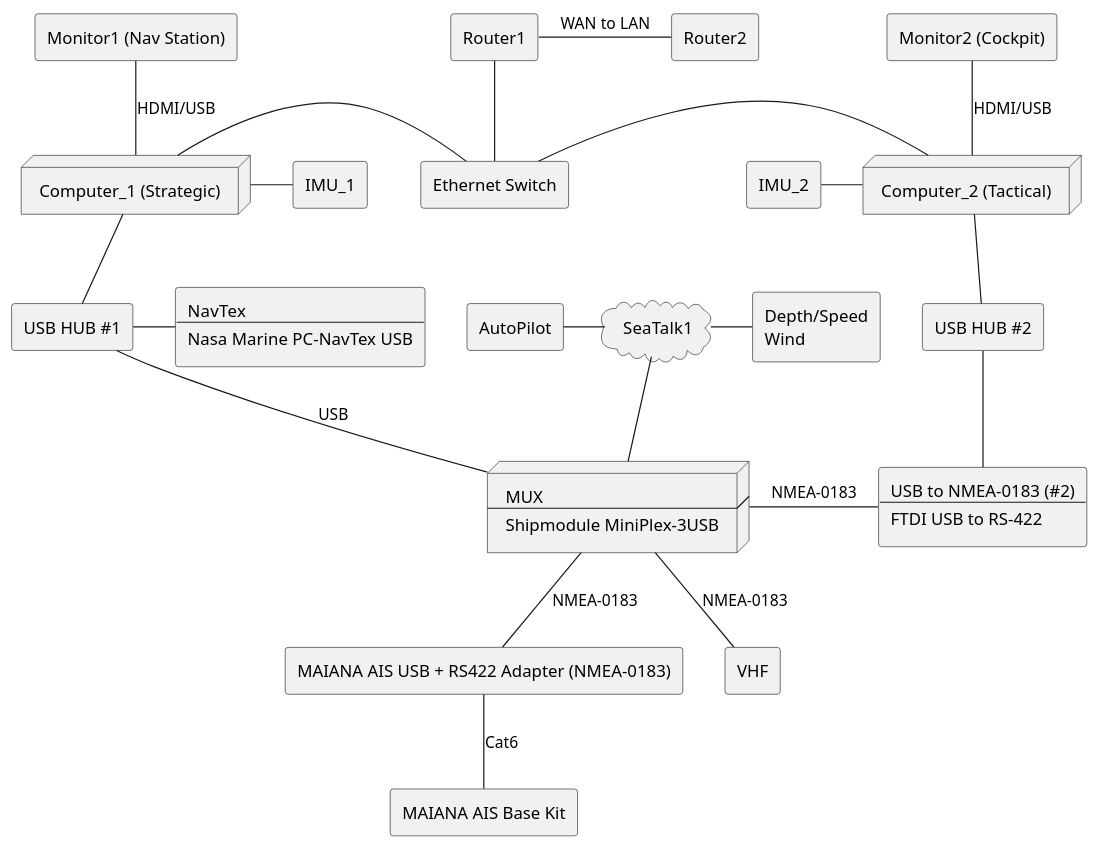
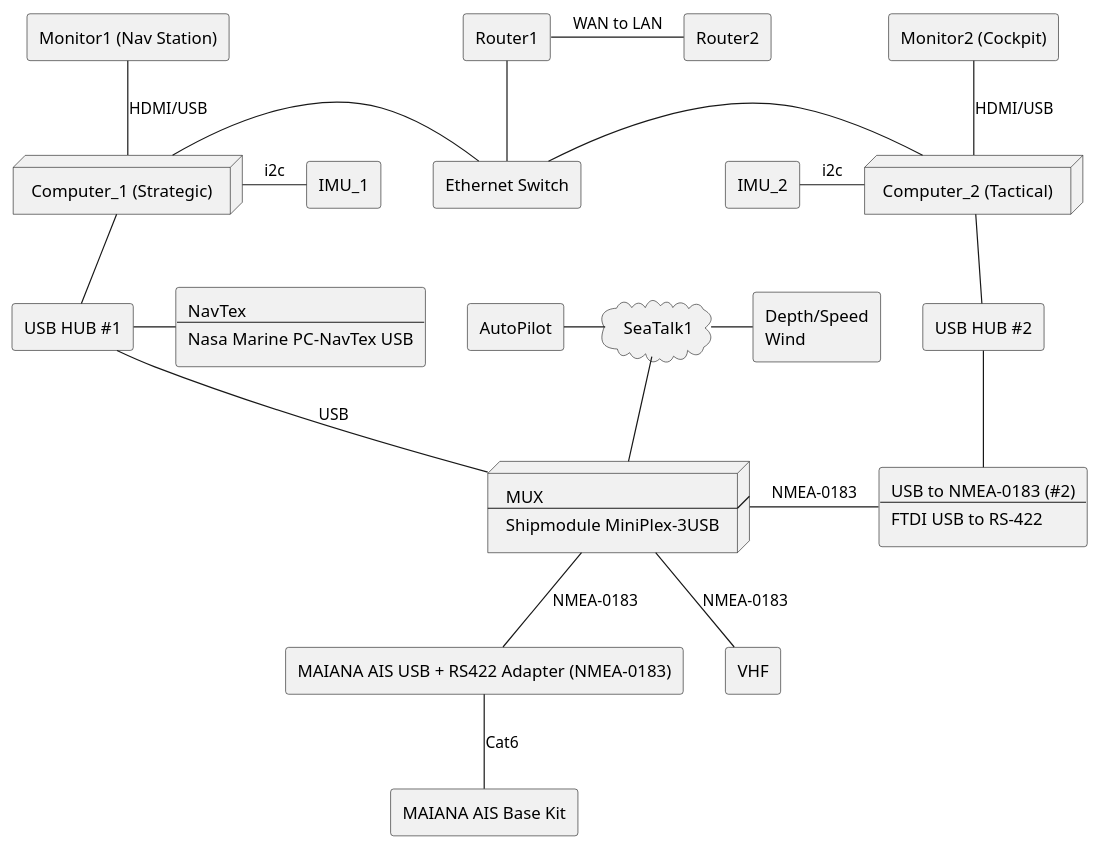
Before and after one commit to SY-Alcazar/SY-Alcazar: the diagram in docs/plantuml/two-comp-arch.puml, drawn with PlantUML. The commit also changed 1 other file, not shown here.

```diff
--- a/docs/plantuml/two-comp-arch.puml
+++ b/docs/plantuml/two-comp-arch.puml
@@ -1,121 +1,121 @@
 @startuml
 
 rectangle AIS [
  MAIANA AIS Base Kit
 ]
 
 rectangle AIS_to_NMEA [
  MAIANA AIS USB + RS422 Adapter (NMEA-0183)
 ]
 
 node MUX [
  MUX
  ----
  Shipmodule MiniPlex-3USB
 ]
 
 node comp1 [
  Computer_1 (Strategic)
 ]
 
 node comp2 [
  Computer_2 (Tactical)
 ]
 
 rectangle usb_hub1 [
  USB HUB #1
 ]
 
 rectangle usb_hub2 [
  USB HUB #2
 ]
 
 
 rectangle router1 [
  Router1
 ]
 
 rectangle router2 [
  Router2
 ]
 
 rectangle Eth_switch [
  Ethernet Switch
 ]
 
 rectangle mon1 [
  Monitor1 (Nav Station)
 ]
 
 rectangle mon2 [
  Monitor2 (Cockpit)
 ]
 
 rectangle USB_to_Serial2 [
  USB to NMEA-0183 (#2)
  ----
  FTDI USB to RS-422
 ]
 
 cloud seatalk [
  SeaTalk1
 ]
 
 rectangle instr [
  Depth/Speed
  Wind
 ]
 
 rectangle AP [
  AutoPilot
 ]
 
 rectangle IMU1 [
  IMU_1
 ]
 
 rectangle IMU2 [
  IMU_2
 ]
 
 rectangle VHF [
  VHF
 ]
 
 rectangle NavTex [
  NavTex
  ----
  Nasa Marine PC-NavTex USB
 ]
 
 AIS -u- AIS_to_NMEA : Cat6
 
 MUX -- AIS_to_NMEA : NMEA-0183
 MUX -r- USB_to_Serial2 : NMEA-0183
 MUX -u- seatalk
 MUX -- VHF : NMEA-0183
 
 seatalk -r- instr
 seatalk -l- AP
 
 comp1 -u- mon1 : HDMI/USB
 comp2 -u- mon2 : HDMI/USB
 
-comp1 -r- IMU1
-comp2 -l- IMU2
+comp1 -r- IMU1 : i2c
+comp2 -l- IMU2 : i2c
 
 usb_hub1 -r- NavTex
 
 comp1 -d- usb_hub1
 comp2 -d- usb_hub2
 
 usb_hub1 -- MUX : USB
 usb_hub2 -- USB_to_Serial2
 
 router1 -r- router2 : WAN to LAN
 Eth_switch -u- router1
 
 Eth_switch -l- comp1
 Eth_switch -r- comp2
 
 @enduml
```
